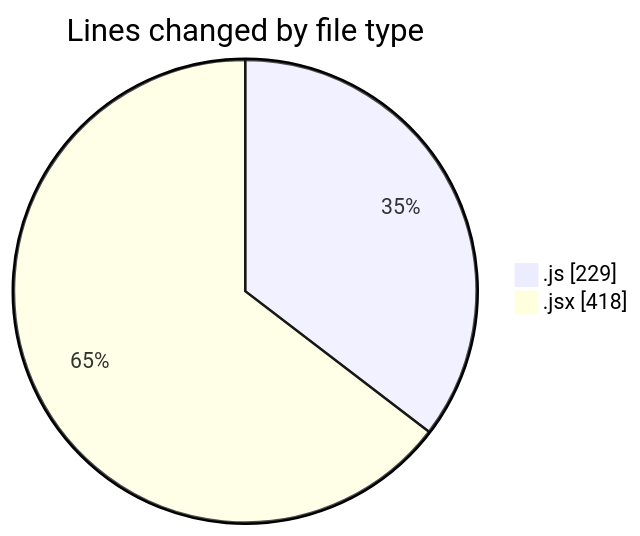
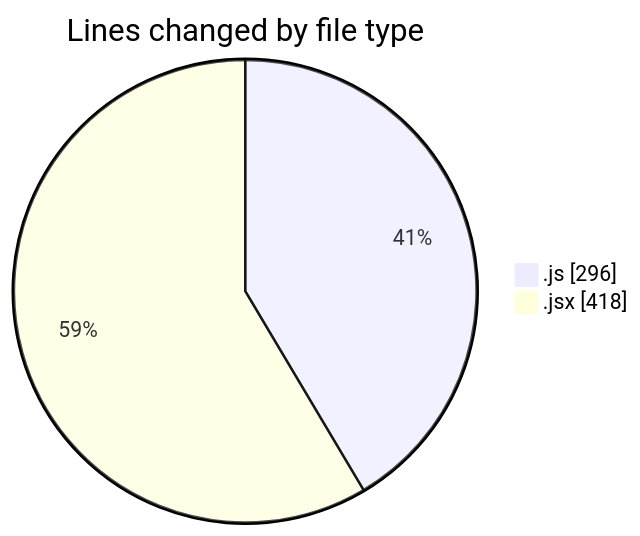
Before and after one commit to nxtqubesakshisongat/code-tracking: the first of 2 diagrams in 2025-05-29/nxtqube_webapp/README.md, drawn with Mermaid. The commit also changed other lines of this file and 1 other file, not shown here.

````diff
--- a/2025-05-29/nxtqube_webapp/README.md
+++ b/2025-05-29/nxtqube_webapp/README.md
@@ -24,6 +25,6 @@
 ```mermaid
 pie showData
 title Lines changed by file type
-".js" : 229
+".js" : 296
 ".jsx" : 418
 ```
````
